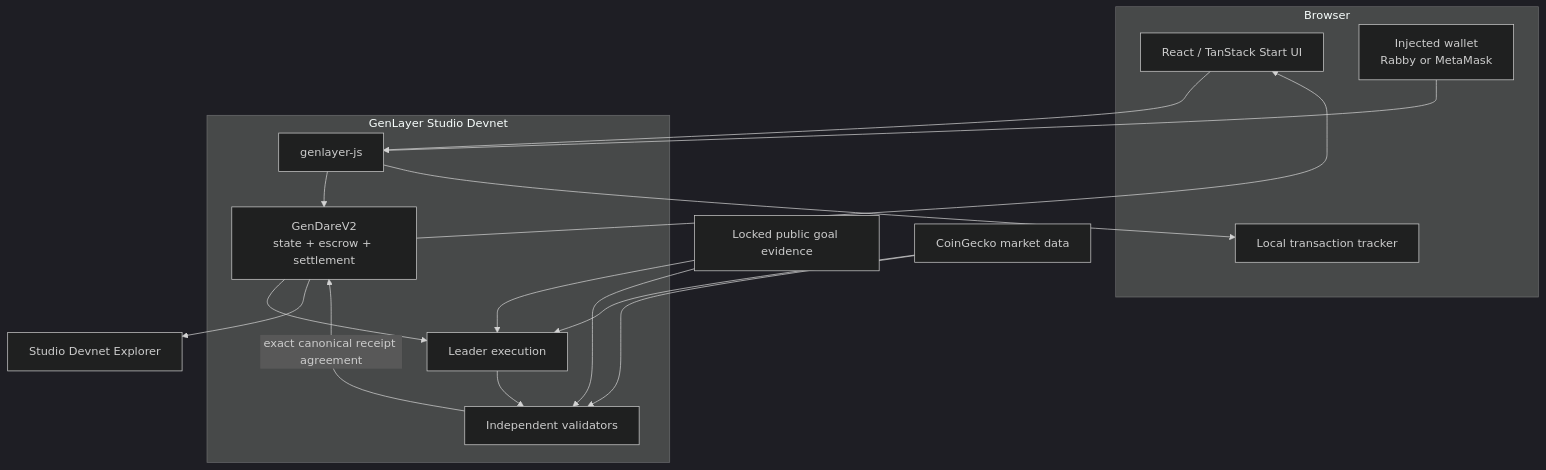
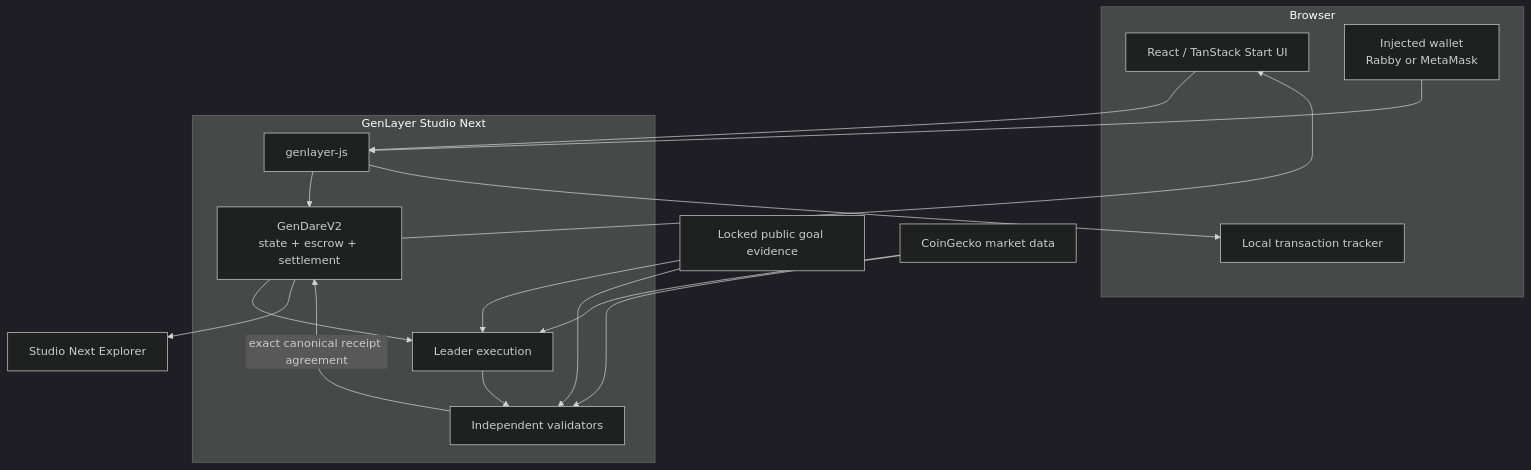
The first of 3 diagrams in docs/ARCHITECTURE.md (zakazaka95/GenDare), drawn with Mermaid (dark theme) before and after one commit. The commit also changed other lines of this file and 21 other files, not shown here.

Commit message:
Ship GenDare v2.2 on Studio Next

````diff
--- a/docs/ARCHITECTURE.md
+++ b/docs/ARCHITECTURE.md
@@ -17,33 +18,33 @@
 ```mermaid
 flowchart TB
     subgraph Browser
         UI[React / TanStack Start UI]
         Wallet[Injected wallet\nRabby or MetaMask]
         Tracker[Local transaction tracker]
     end
 
-    subgraph GenLayer[GenLayer Studio Devnet]
+    subgraph GenLayer[GenLayer Studio Next]
         SDK[genlayer-js]
         Contract[GenDareV2\nstate + escrow + settlement]
         Leader[Leader execution]
         Validators[Independent validators]
     end
 
     GoalSource[Locked public goal evidence]
     PriceSource[CoinGecko market data]
-    Explorer[Studio Devnet Explorer]
+    Explorer[Studio Next Explorer]
 
     UI --> SDK
     Wallet --> SDK
     SDK --> Contract
     SDK --> Tracker
     Contract --> Leader
     GoalSource --> Leader
     PriceSource --> Leader
     Leader --> Validators
     GoalSource --> Validators
     PriceSource --> Validators
     Validators -->|exact canonical receipt agreement| Contract
     Contract --> Explorer
     Contract --> UI
 ```
````
